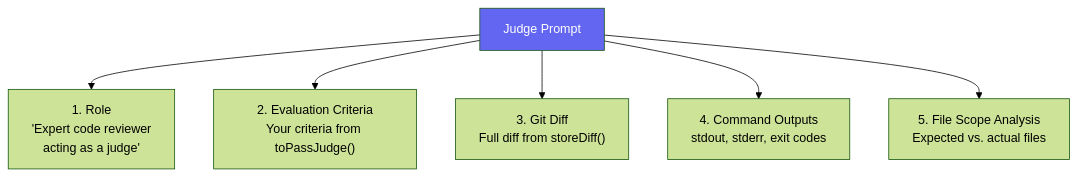
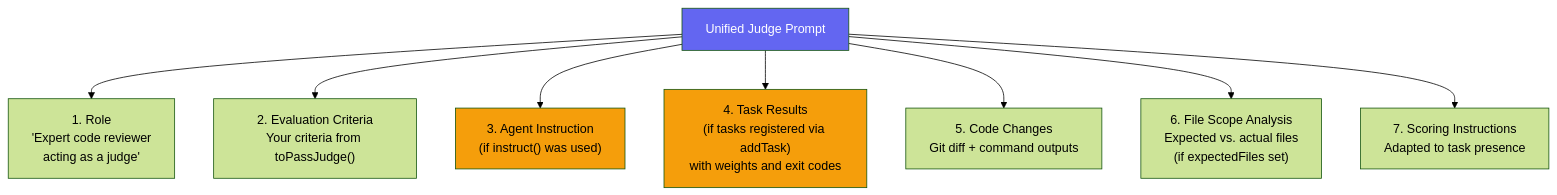
Before and after one commit to Tlahey/agent-eval: the third of 3 diagrams in apps/docs/guide/judges.md, drawn with Mermaid (forest theme). The commit also changed other lines of this file and 36 other files, not shown here.

First line of the commit message:
refactor(judge): unified adaptive prompt + plugin structure cleanup

````diff
--- a/apps/docs/guide/judges.md
+++ b/apps/docs/guide/judges.md
@@ -258,10 +258,14 @@
 ```mermaid
 flowchart TD
-    A["Judge Prompt"] --> B["1. Role<br/>'Expert code reviewer<br/>acting as a judge'"]
+    A["Unified Judge Prompt"] --> B["1. Role<br/>'Expert code reviewer<br/>acting as a judge'"]
     A --> C["2. Evaluation Criteria<br/>Your criteria from toPassJudge()"]
-    A --> D["3. Git Diff<br/>Full diff from storeDiff()"]
-    A --> E["4. Command Outputs<br/>stdout, stderr, exit codes"]
-    A --> F["5. File Scope Analysis<br/>Expected vs. actual files"]
+    A --> D["3. Agent Instruction<br/>(if instruct() was used)"]
+    A --> E["4. Task Results<br/>(if tasks registered via addTask)<br/>with weights and exit codes"]
+    A --> F["5. Code Changes<br/>Git diff + command outputs"]
+    A --> G["6. File Scope Analysis<br/>Expected vs. actual files<br/>(if expectedFiles set)"]
+    A --> H["7. Scoring Instructions<br/>Adapted to task presence"]
 
     style A fill:#6366f1,color:#fff
+    style D fill:#f59e0b,color:#000
+    style E fill:#f59e0b,color:#000
 ```
````
